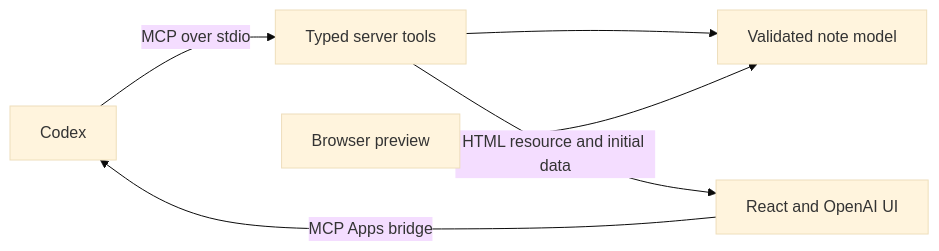
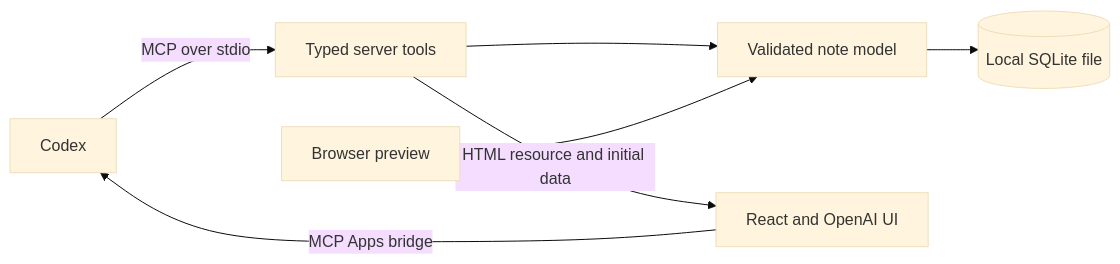
One commit to fadamakis/codex-plugin-starter changed the diagram in docs/architecture.md. Above: the diagram before and after it, drawn with Mermaid (base theme). The commit also changed other lines of this file and 18 other files, not shown here.

````diff
--- a/docs/architecture.md
+++ b/docs/architecture.md
@@ -3,8 +3,9 @@
 ```mermaid
 flowchart LR
   Codex -->|MCP over stdio| Server[Typed server tools]
   Server --> Model[Validated note model]
+  Model --> SQLite[(Local SQLite file)]
   Server -->|HTML resource and initial data| UI[React and OpenAI UI]
   UI -->|MCP Apps bridge| Codex
   Preview[Browser preview] --> Model
 ```
````
